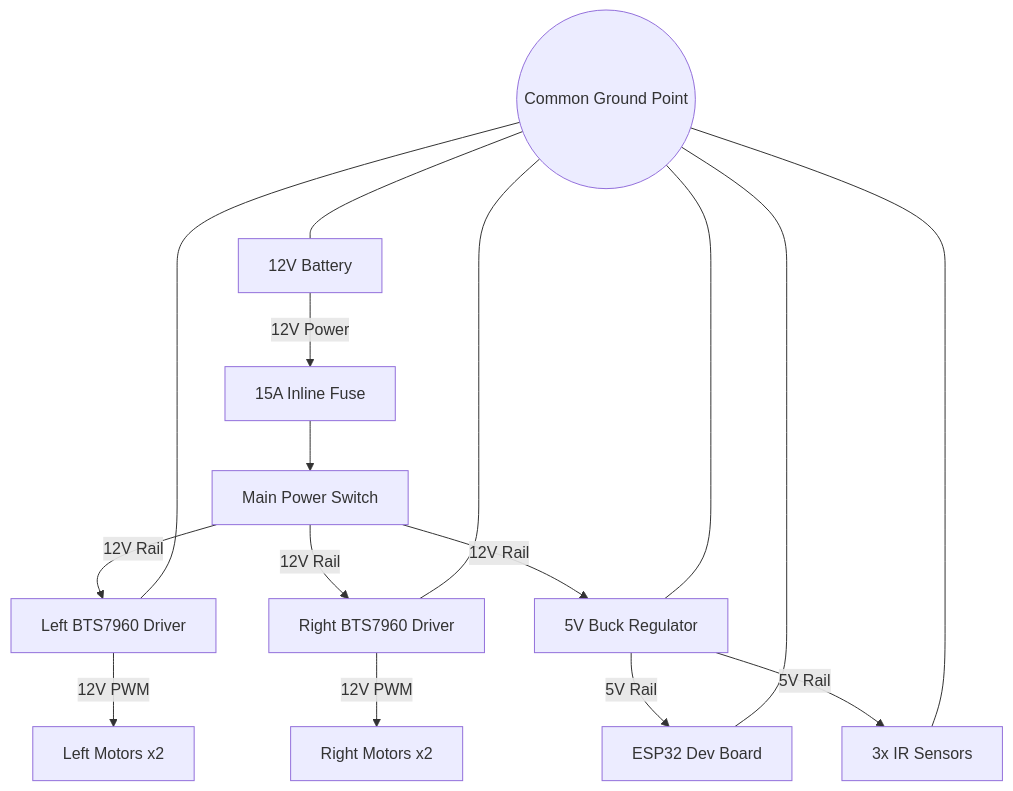
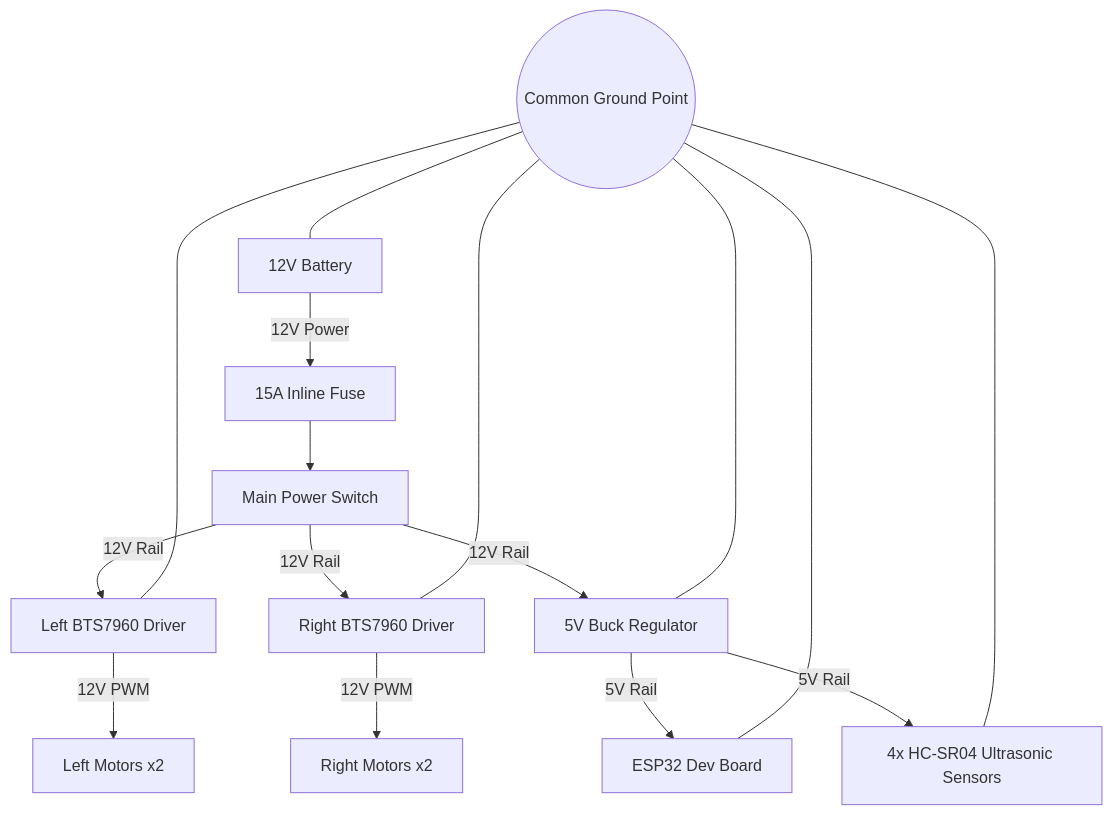
Before and after one commit to sakxam-xeetri/prayas: the first of 2 diagrams in main_site/docs/03_Hardware/Motor_Node.md, drawn with Mermaid. The commit also changed other lines of this file and 32 other files, not shown here.

````diff
--- a/main_site/docs/03_Hardware/Motor_Node.md
+++ b/main_site/docs/03_Hardware/Motor_Node.md
@@ -140,23 +139,23 @@
 ```mermaid
 graph TD
     Bat[12V Battery] -->|12V Power| Fuse[15A Inline Fuse]
     Fuse --> Switch[Main Power Switch]
     
     Switch -->|12V Rail| DriverL[Left BTS7960 Driver]
     Switch -->|12V Rail| DriverR[Right BTS7960 Driver]
     Switch -->|12V Rail| Buck[5V Buck Regulator]
     
     DriverL -->|12V PWM| MotorsL[Left Motors x2]
     DriverR -->|12V PWM| MotorsR[Right Motors x2]
     
     Buck -->|5V Rail| ESP32[ESP32 Dev Board]
-    Buck -->|5V Rail| Sensors[3x IR Sensors]
+    Buck -->|5V Rail| Sensors[4x HC-SR04 Ultrasonic Sensors]
     
     %% Common Ground Connections
     GND((Common Ground Point)) --- Bat
     GND --- Buck
     GND --- ESP32
     GND --- DriverL
     GND --- DriverR
     GND --- Sensors
 ```
````
